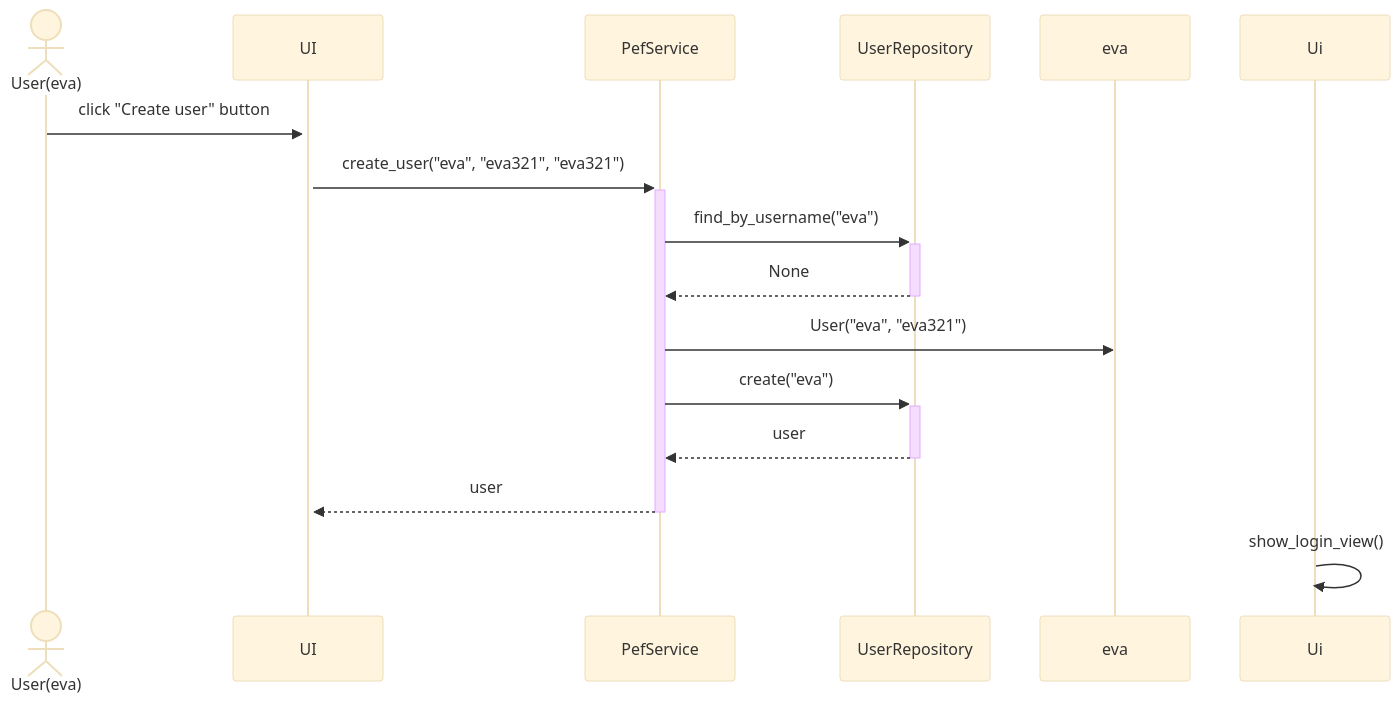
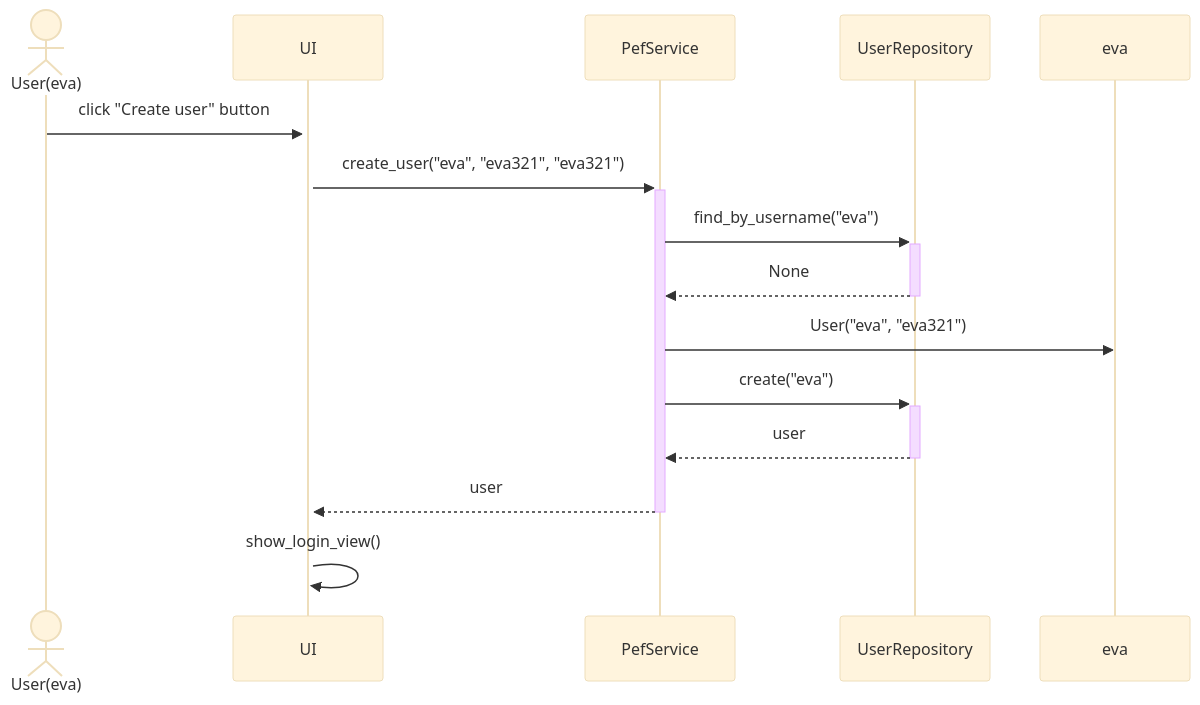
The third of 4 diagrams in dokumentaatio/arkkitehtuuri.md (JVilo/ot-harjoitustyo), drawn with Mermaid (base theme) before and after one commit.

Commit message:
little fixes to the Sequence diagrams

````diff
--- a/dokumentaatio/arkkitehtuuri.md
+++ b/dokumentaatio/arkkitehtuuri.md
@@ -109,17 +109,17 @@
 ```mermaid
 sequenceDiagram
   actor User(eva)
   participant UI
   participant PefService
   participant UserRepository
   participant eva
   User(eva)->>+UI: click "Create user" button
   UI->>+PefService: create_user("eva", "eva321", "eva321")
   PefService->>+UserRepository: find_by_username("eva")
   UserRepository-->>-PefService: None
   PefService->>eva: User("eva", "eva321")
   PefService->>+UserRepository: create("eva")
   UserRepository-->>-PefService: user
   PefService-->>-UI: user
-  Ui->>Ui: show_login_view()
+  UI->>UI: show_login_view()
 ```
````
